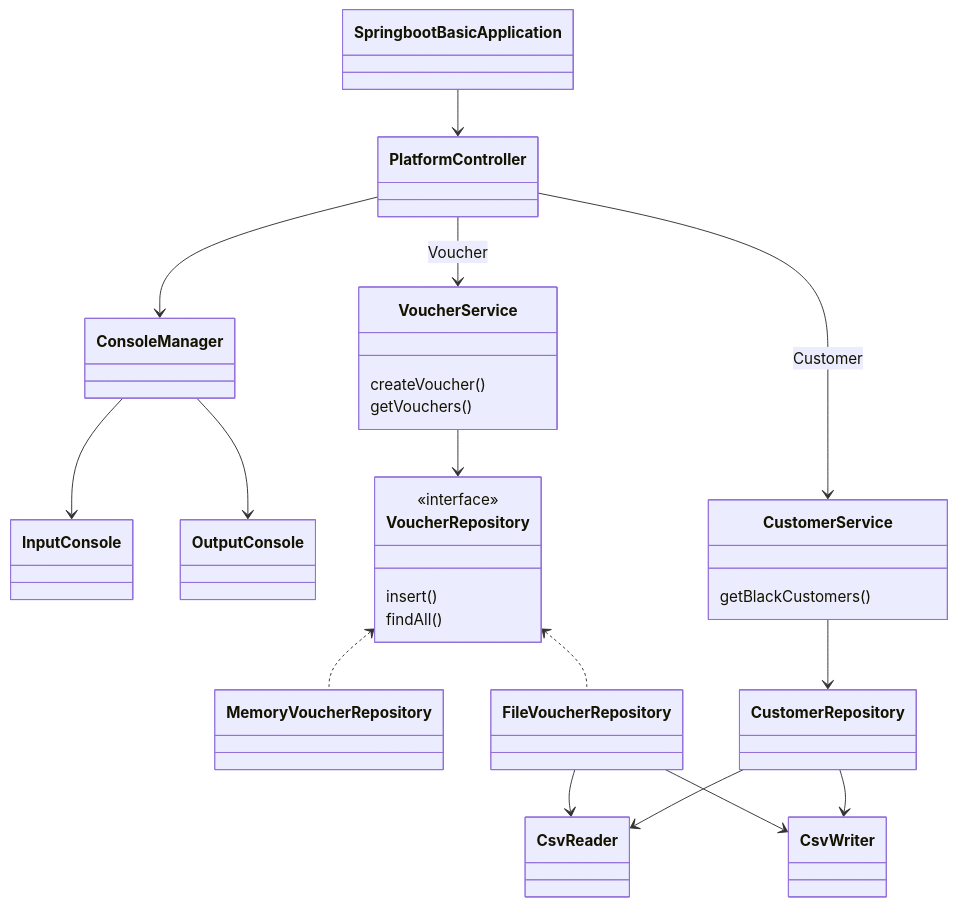
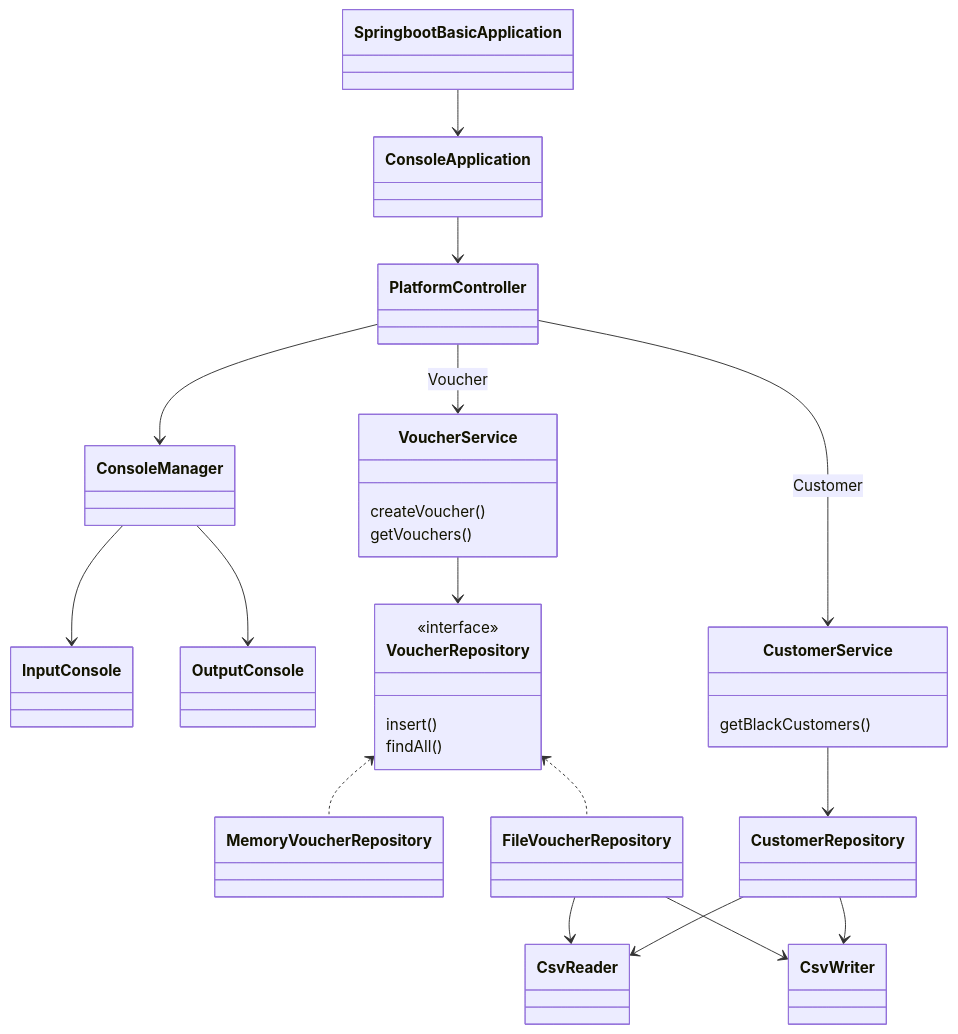
Before and after one commit to prgrms-be-devcourse/springboot-basic: the diagram in application.mermaid, drawn with Mermaid. The commit also changed 4 other files, not shown here.

```diff
--- a/application.mermaid
+++ b/application.mermaid
@@ -1,44 +1,46 @@
 classDiagram
 
     %% Controller
     class SpringbootBasicApplication
+    class ConsoleApplication
     class PlatformController
-    SpringbootBasicApplication --> PlatformController
+    SpringbootBasicApplication --> ConsoleApplication
+    ConsoleApplication --> PlatformController
 
     %% IO
     class ConsoleManager
     class InputConsole
     class OutputConsole
     ConsoleManager --> InputConsole
     ConsoleManager --> OutputConsole
     PlatformController --> ConsoleManager
 
     %% Service
     class VoucherService {
         createVoucher()
         getVouchers()
     }
     class CustomerService {
         getBlackCustomers()
     }
     PlatformController --> VoucherService : Voucher
     PlatformController --> CustomerService : Customer
 
     %% Repository
     class VoucherRepository {
         <<interface>>
         insert()
         findAll()
     }
     VoucherService --> VoucherRepository
     class MemoryVoucherRepository
     class FileVoucherRepository
     FileVoucherRepository --> CsvReader
     FileVoucherRepository --> CsvWriter
     VoucherRepository <.. MemoryVoucherRepository
     VoucherRepository <.. FileVoucherRepository
 
     class CustomerRepository
     CustomerRepository --> CsvReader
     CustomerRepository --> CsvWriter
     CustomerService --> CustomerRepository
```
